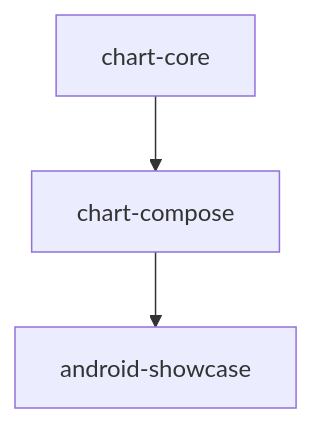
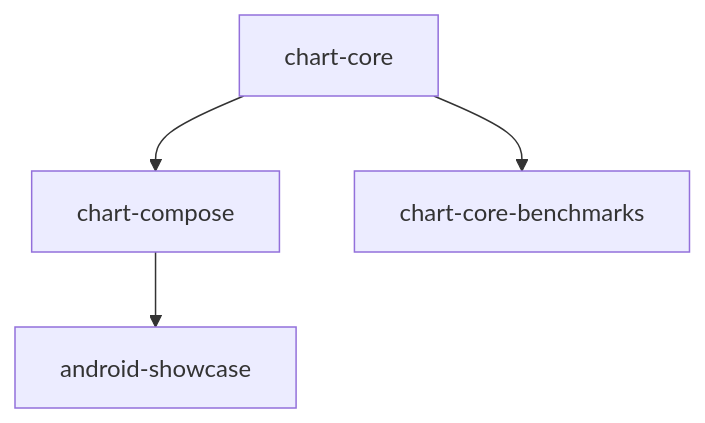
The first of 2 diagrams in docs/architecture.md (mena97villalobos/ComposePlotLib), drawn with Mermaid before and after one commit. The commit also changed other lines of this file and 76 other files, not shown here.

````diff
--- a/docs/architecture.md
+++ b/docs/architecture.md
@@ -21,5 +22,6 @@
 ```mermaid
 flowchart TD
     chartCore[chart-core] --> chartCompose[chart-compose]
     chartCompose --> androidShowcase[android-showcase]
+    chartCore --> chartCoreBenchmarks[chart-core-benchmarks]
 ```
````
